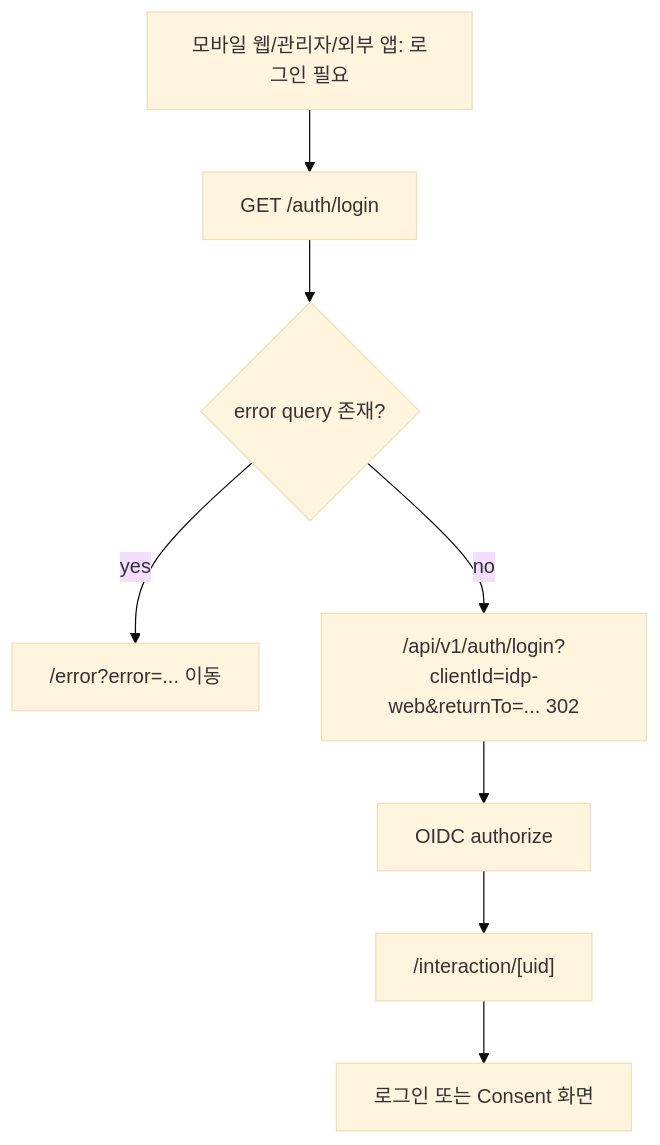
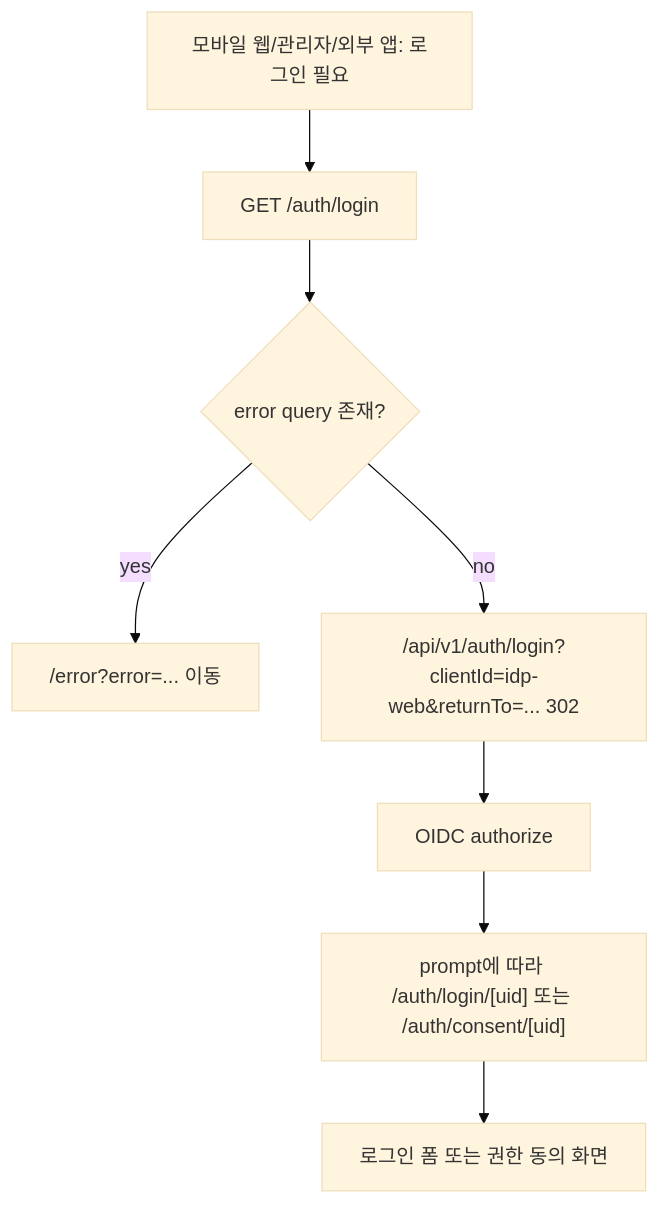
One commit to kimjoongwon/prj-core changed the first of 4 diagrams in apps/idp/web/src/app/auth-flow.context.md. Above: the diagram before and after it, drawn with Mermaid (base theme). The commit also changed other lines of this file and 4 other files, not shown here.

````diff
--- a/apps/idp/web/src/app/auth-flow.context.md
+++ b/apps/idp/web/src/app/auth-flow.context.md
@@ -8,10 +8,10 @@
 ```mermaid
 flowchart TD
   A["모바일 웹/관리자/외부 앱: 로그인 필요"] --> B["GET /auth/login"]
   B --> C{"error query 존재?"}
   C -- yes --> D["/error?error=... 이동"]
   C -- no --> E["/api/v1/auth/login?clientId=idp-web&returnTo=... 302"]
   E --> F["OIDC authorize"]
-  F --> G["/interaction/[uid]"]
-  G --> H["로그인 또는 Consent 화면"]
+  F --> G["prompt에 따라 /auth/login/[uid] 또는 /auth/consent/[uid]"]
+  G --> H["로그인 폼 또는 권한 동의 화면"]
 ```
````
